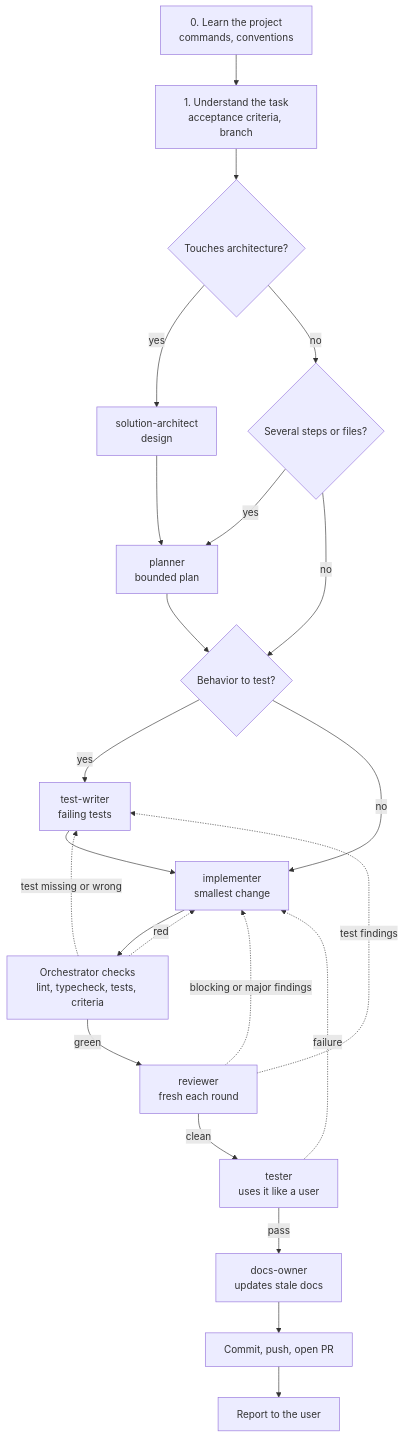
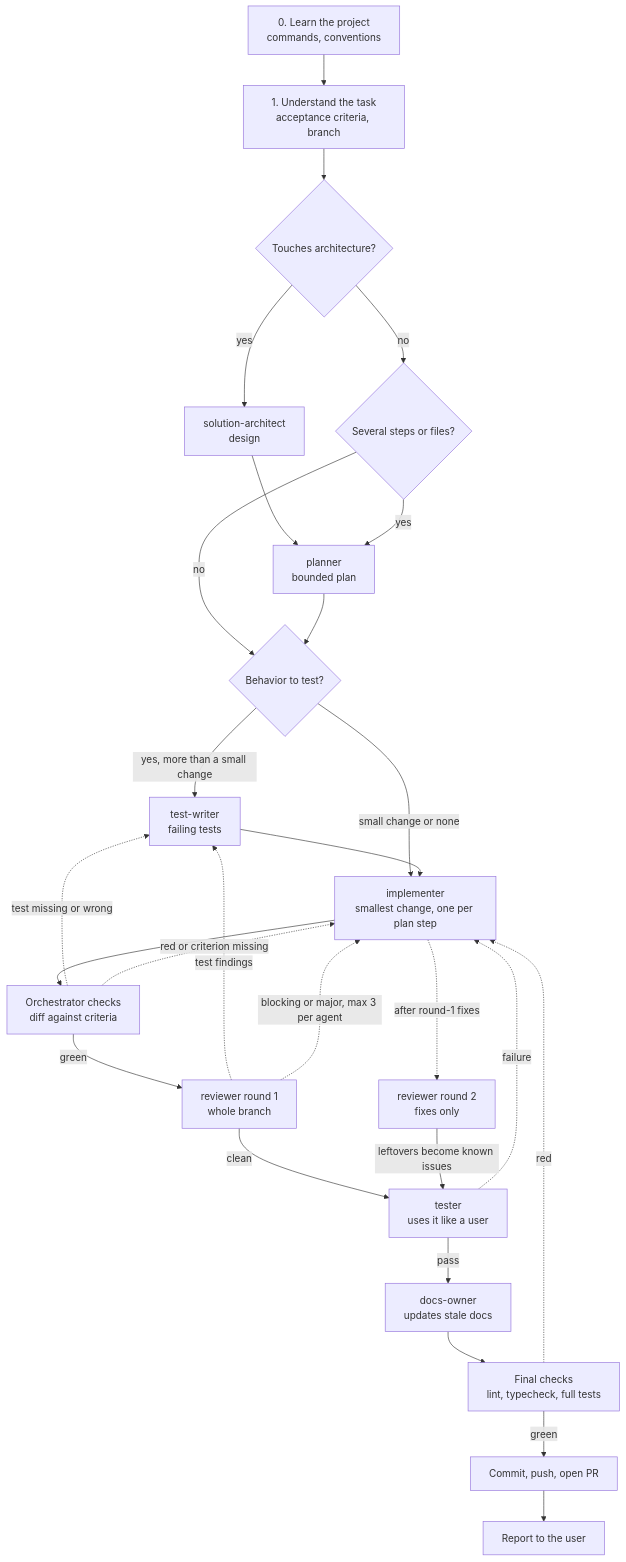
The diagram in README.md (steven-tailor/agents-config), drawn with Mermaid before and after one commit. The commit also changed other lines of this file and 6 other files, not shown here.

````diff
--- a/README.md
+++ b/README.md
@@ -52,25 +54,29 @@
 ```mermaid
 flowchart TD
     learn["0. Learn the project<br/>commands, conventions"] --> task["1. Understand the task<br/>acceptance criteria, branch"]
     task --> arch{"Touches architecture?"}
     arch -- yes --> architect["solution-architect<br/>design"]
     arch -- no --> multi{"Several steps or files?"}
     architect --> planner["planner<br/>bounded plan"]
     multi -- yes --> planner
     multi -- no --> behavior{"Behavior to test?"}
     planner --> behavior
-    behavior -- yes --> writer["test-writer<br/>failing tests"]
-    behavior -- no --> impl["implementer<br/>smallest change"]
+    behavior -- "yes, more than a small change" --> writer["test-writer<br/>failing tests"]
+    behavior -- "small change or none" --> impl["implementer<br/>smallest change, one per plan step"]
     writer --> impl
-    impl --> checks["Orchestrator checks<br/>lint, typecheck, tests, criteria"]
+    impl --> checks["Orchestrator checks<br/>diff against criteria"]
     checks -. "test missing or wrong" .-> writer
-    checks -. "red" .-> impl
-    checks -- green --> reviewer["reviewer<br/>fresh each round"]
-    reviewer -. "test findings" .-> writer
-    reviewer -. "blocking or major findings" .-> impl
-    reviewer -- clean --> tester["tester<br/>uses it like a user"]
+    checks -. "red or criterion missing" .-> impl
+    checks -- green --> review1["reviewer round 1<br/>whole branch"]
+    review1 -. "test findings" .-> writer
+    review1 -. "blocking or major, max 3 per agent" .-> impl
+    review1 -- clean --> tester["tester<br/>uses it like a user"]
+    impl -. "after round-1 fixes" .-> review2["reviewer round 2<br/>fixes only"]
+    review2 -- "leftovers become known issues" --> tester
     tester -. "failure" .-> impl
     tester -- pass --> docs["docs-owner<br/>updates stale docs"]
-    docs --> pr["Commit, push, open PR"]
+    docs --> final["Final checks<br/>lint, typecheck, full tests"]
+    final -. "red" .-> impl
+    final -- green --> pr["Commit, push, open PR"]
     pr --> report["Report to the user"]
 ```
````
